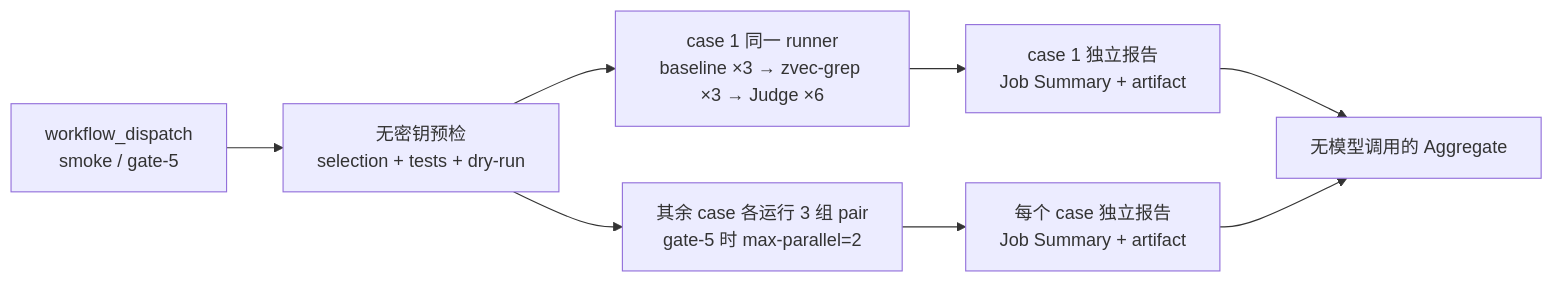
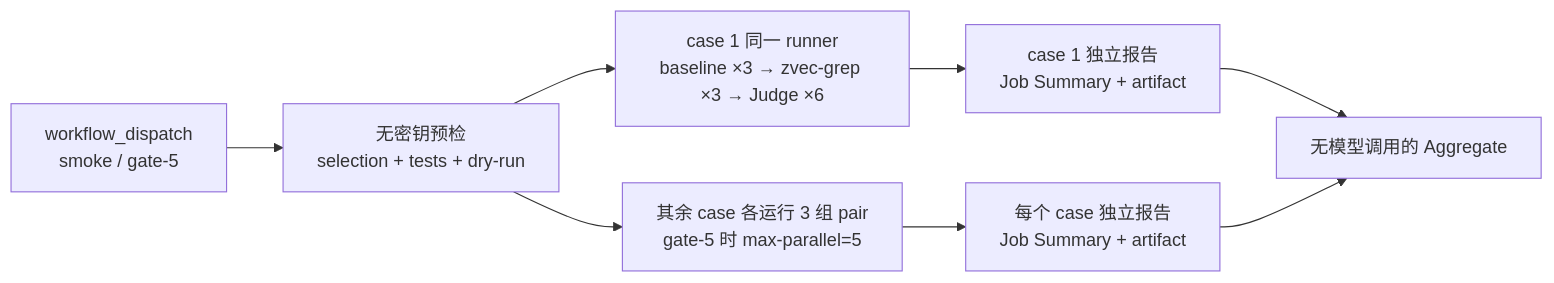
One commit to zvec-ai/zvec-grep changed the diagram in benchmarks/coding/SWE_QA_CI.md. Above: the diagram before and after it, drawn with Mermaid. The commit also changed other lines of this file and 8 other files, not shown here.

````diff
--- a/benchmarks/coding/SWE_QA_CI.md
+++ b/benchmarks/coding/SWE_QA_CI.md
@@ -21,10 +21,10 @@
 ```mermaid
 flowchart LR
     D["workflow_dispatch<br/>smoke / gate-5"] --> V["无密钥预检<br/>selection + tests + dry-run"]
     V --> P1["case 1 同一 runner<br/>baseline ×3 → zvec-grep ×3 → Judge ×6"]
-    V --> P2["其余 case 各运行 3 组 pair<br/>gate-5 时 max-parallel=2"]
+    V --> P2["其余 case 各运行 3 组 pair<br/>gate-5 时 max-parallel=5"]
     P1 --> R1["case 1 独立报告<br/>Job Summary + artifact"]
     P2 --> RN["每个 case 独立报告<br/>Job Summary + artifact"]
     R1 --> A["无模型调用的 Aggregate"]
     RN --> A
 ```
````
